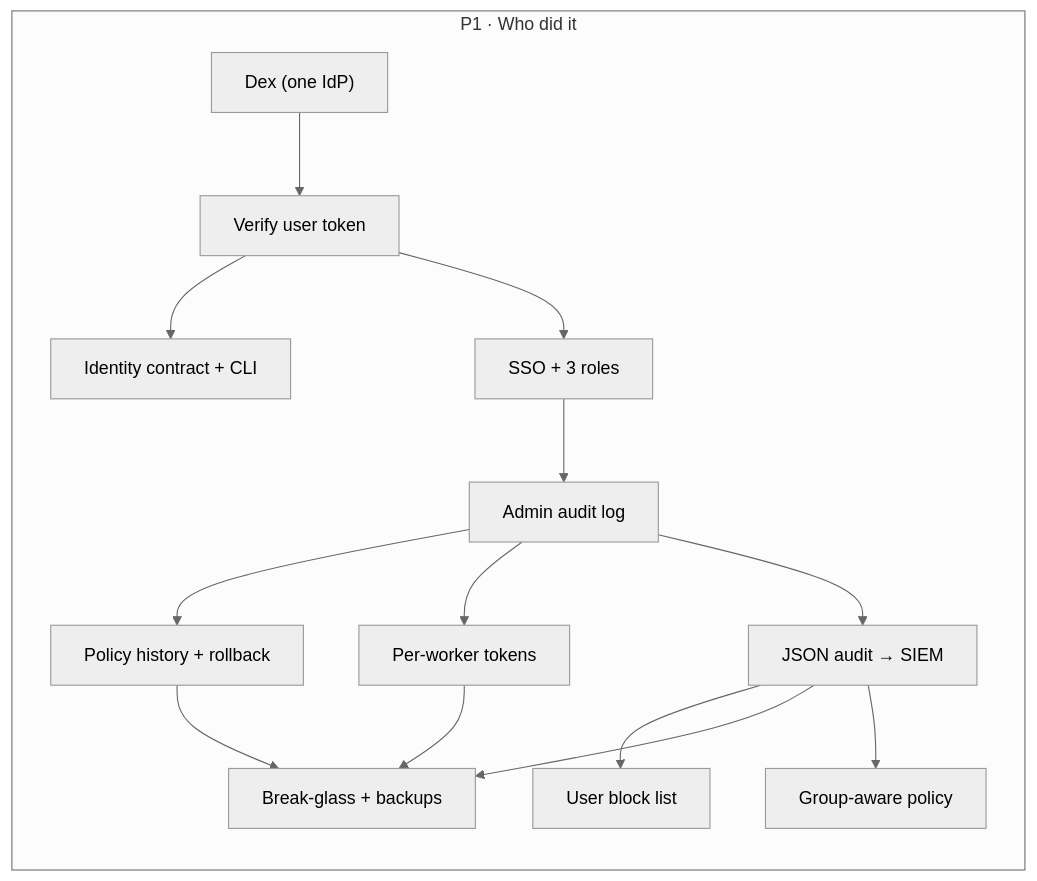
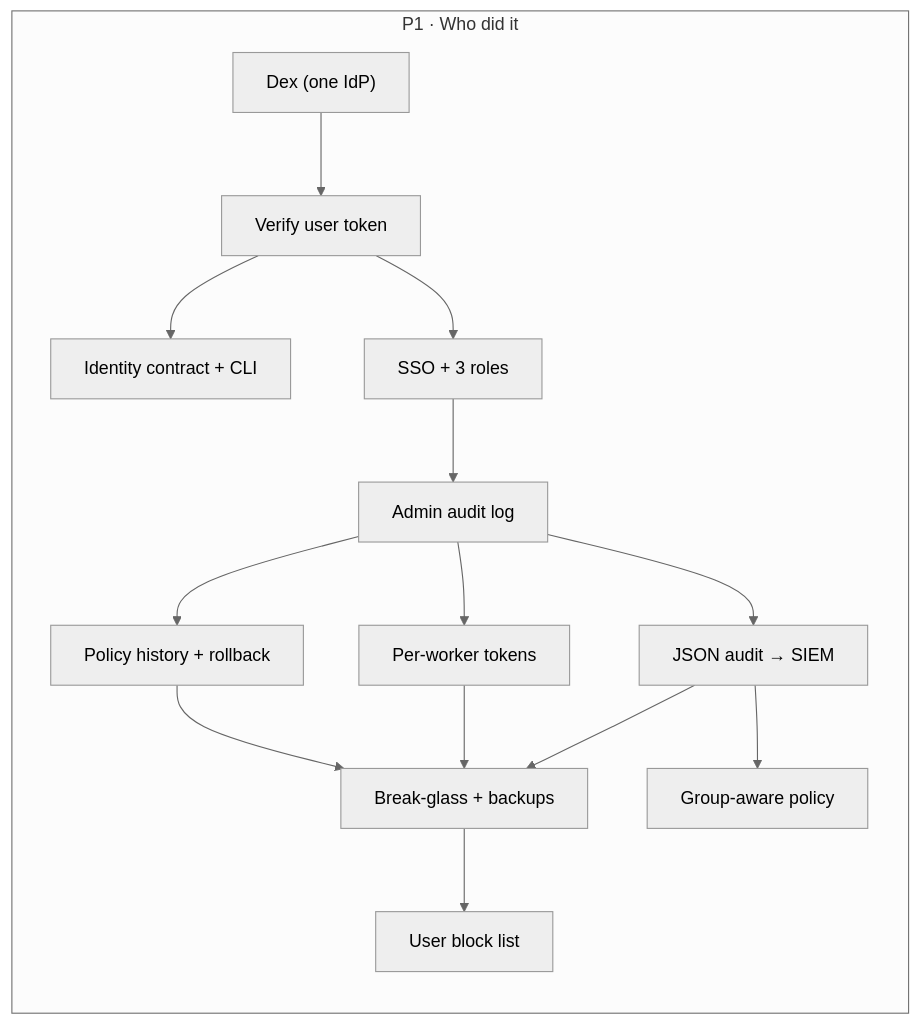
The first of 5 diagrams in docs/roadmap/README.md (ethosagent/warden), drawn with Mermaid (neutral theme) before and after one commit. The commit also changed other lines of this file and 26 other files, not shown here.

First line of the commit message:
docs(roadmap): review Phase 3 tickets with requirements, plans and acceptance

````diff
--- a/docs/roadmap/README.md
+++ b/docs/roadmap/README.md
@@ -40,28 +40,28 @@
 ```mermaid
 flowchart LR
   subgraph ph1["P1 · Who did it"]
     p1_dex["Dex (one IdP)"]
     p1_verify_token["Verify user token"]
     p1_identity_contract["Identity contract + CLI"]
     p1_sso_roles["SSO + 3 roles"]
     p1_admin_audit["Admin audit log"]
     p1_policy_history["Policy history + rollback"]
     p1_worker_tokens["Per-worker tokens"]
     p1_json_audit["JSON audit → SIEM"]
+    p1_breakglass["Break-glass + backups"]
     p1_block_list["User block list"]
-    p1_breakglass["Break-glass + backups"]
     p1_group_policy["Group-aware policy"]
   end
   p1_dex --> p1_verify_token
   p1_verify_token --> p1_identity_contract
   p1_verify_token --> p1_sso_roles
   p1_sso_roles --> p1_admin_audit
   p1_admin_audit --> p1_policy_history
   p1_admin_audit --> p1_worker_tokens
   p1_admin_audit --> p1_json_audit
-  p1_json_audit --> p1_block_list
   p1_policy_history --> p1_breakglass
   p1_worker_tokens --> p1_breakglass
   p1_json_audit --> p1_breakglass
+  p1_breakglass --> p1_block_list
   p1_json_audit --> p1_group_policy
 ```
````
